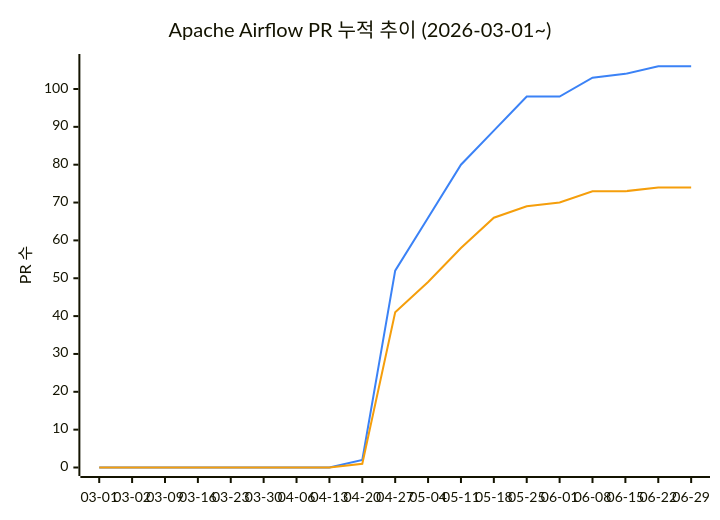
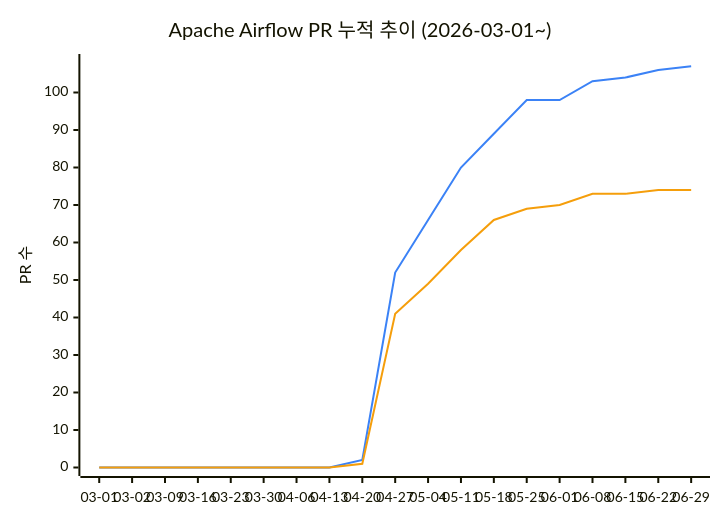
Before and after one commit to AirflowKorea/ossca: the diagram in README.md, drawn with Mermaid. The commit also changed other lines of this file, not shown here.

````diff
--- a/README.md
+++ b/README.md
@@ -11,9 +11,9 @@
 ```mermaid
 %%{init: {"themeVariables": {"xyChart": {"plotColorPalette": "#3b82f6, #f59e0b"}}}}%%
 xychart-beta
     title "Apache Airflow PR 누적 추이 (2026-03-01~)"
     x-axis ["03-01", "03-02", "03-09", "03-16", "03-23", "03-30", "04-06", "04-13", "04-20", "04-27", "05-04", "05-11", "05-18", "05-25", "06-01", "06-08", "06-15", "06-22", "06-29"]
-    y-axis "PR 수" 0 --> 107
-    line [0, 0, 0, 0, 0, 0, 0, 0, 2, 52, 66, 80, 89, 98, 98, 103, 104, 106, 106]
+    y-axis "PR 수" 0 --> 108
+    line [0, 0, 0, 0, 0, 0, 0, 0, 2, 52, 66, 80, 89, 98, 98, 103, 104, 106, 107]
     line [0, 0, 0, 0, 0, 0, 0, 0, 1, 41, 49, 58, 66, 69, 70, 73, 73, 74, 74]
 ```
````
